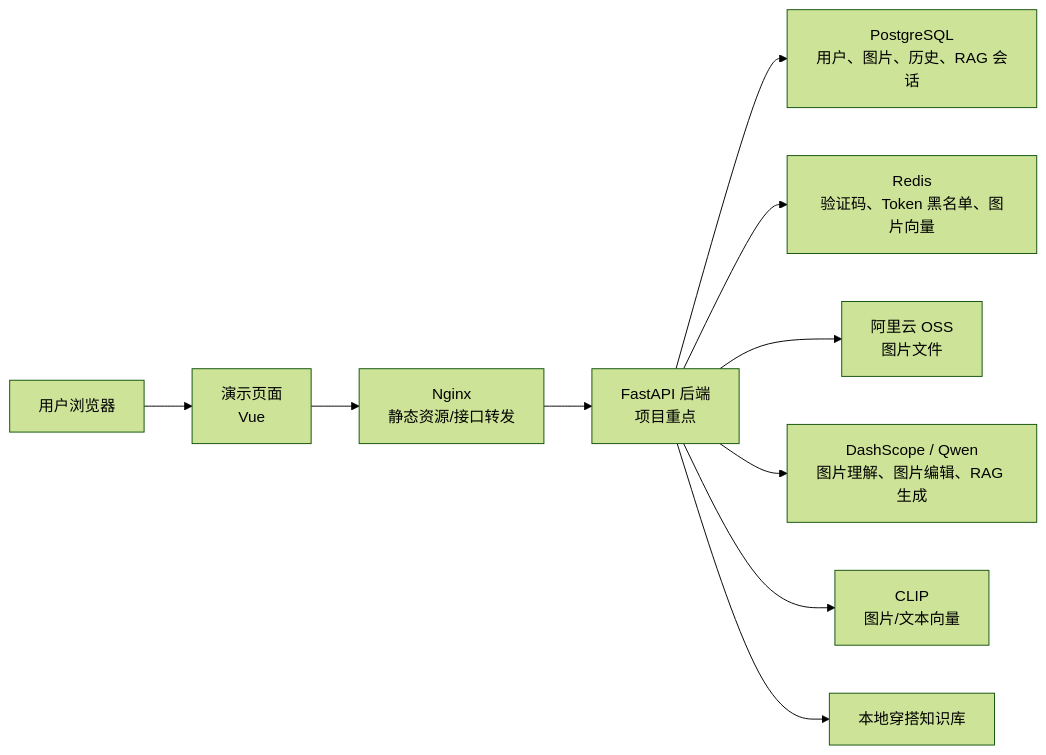
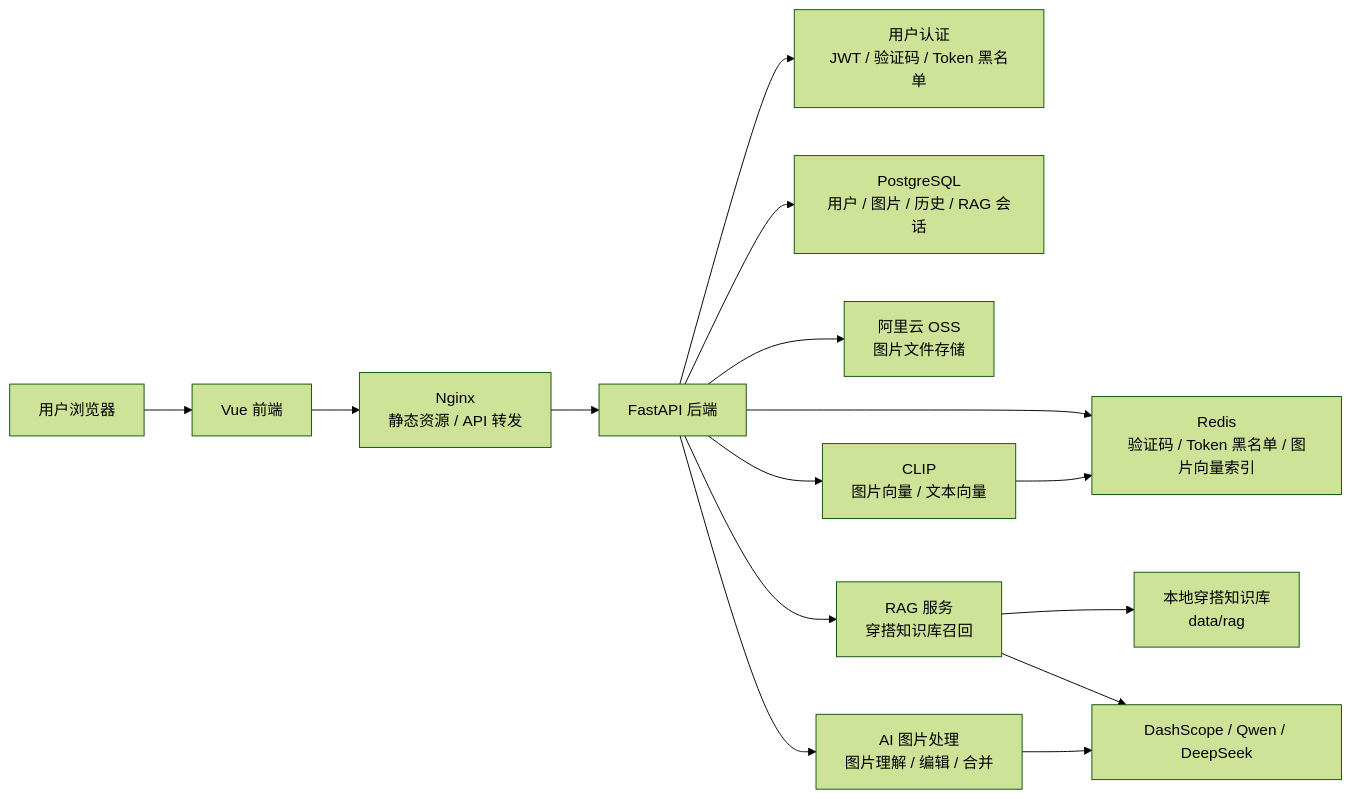
One commit to saojesus733-gif/AIWear changed the first of 2 diagrams in README.md. Above: the diagram before and after it, drawn with Mermaid (forest theme). The commit also changed other lines of this file, not shown here.

Commit message:
Add architecture diagrams to README

````diff
--- a/README.md
+++ b/README.md
@@ -70,12 +70,21 @@
 ```mermaid
 flowchart LR
-    U["用户浏览器"] --> F["演示页面\nVue"]
-    F --> N["Nginx\n静态资源/接口转发"]
-    N --> B["FastAPI 后端\n项目重点"]
-    B --> P["PostgreSQL\n用户、图片、历史、RAG 会话"]
-    B --> R["Redis\n验证码、Token 黑名单、图片向量"]
-    B --> O["阿里云 OSS\n图片文件"]
-    B --> D["DashScope / Qwen\n图片理解、图片编辑、RAG 生成"]
-    B --> C["CLIP\n图片/文本向量"]
-    B --> K["本地穿搭知识库"]
+    U["用户浏览器"] --> FE["Vue 前端"]
+    FE --> NG["Nginx<br/>静态资源 / API 转发"]
+    NG --> BE["FastAPI 后端"]
+
+    BE --> AUTH["用户认证<br/>JWT / 验证码 / Token 黑名单"]
+    BE --> PG["PostgreSQL<br/>用户 / 图片 / 历史 / RAG 会话"]
+    BE --> RD["Redis<br/>验证码 / Token 黑名单 / 图片向量索引"]
+    BE --> OSS["阿里云 OSS<br/>图片文件存储"]
+
+    BE --> CLIP["CLIP<br/>图片向量 / 文本向量"]
+    CLIP --> RD
+
+    BE --> RAG["RAG 服务<br/>穿搭知识库召回"]
+    RAG --> KB["本地穿搭知识库<br/>data/rag"]
+    RAG --> LLM["DashScope / Qwen / DeepSeek"]
+
+    BE --> IMG["AI 图片处理<br/>图片理解 / 编辑 / 合并"]
+    IMG --> LLM
 ```
````
